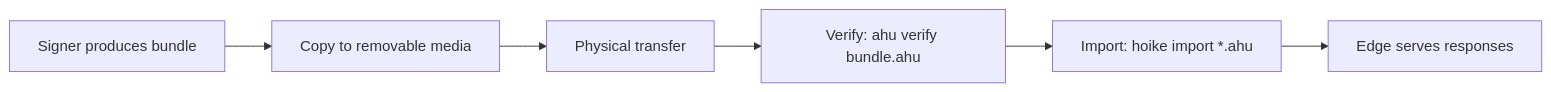
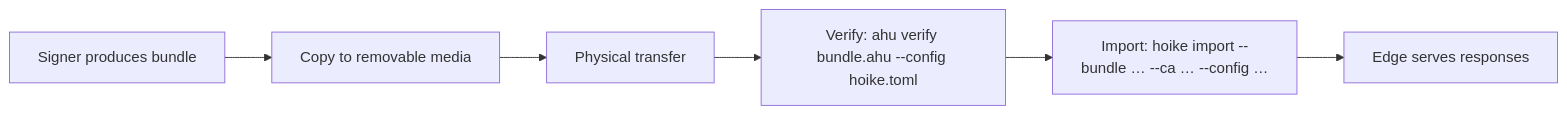
Before and after one commit to czinda/hoike-dev: the diagram in doc/src/operator/air-gap.md, drawn with Mermaid. The commit also changed other lines of this file and 32 other files, not shown here.

````diff
--- a/doc/src/operator/air-gap.md
+++ b/doc/src/operator/air-gap.md
@@ -40,8 +40,8 @@
 ```mermaid
 flowchart LR
     A[Signer produces bundle] --> B[Copy to removable media]
     B --> C[Physical transfer]
-    C --> D["Verify: ahu verify bundle.ahu"]
-    D --> E["Import: hoike import *.ahu"]
+    C --> D["Verify: ahu verify bundle.ahu --config hoike.toml"]
+    D --> E["Import: hoike import --bundle … --ca … --config …"]
     E --> F[Edge serves responses]
 ```
````
